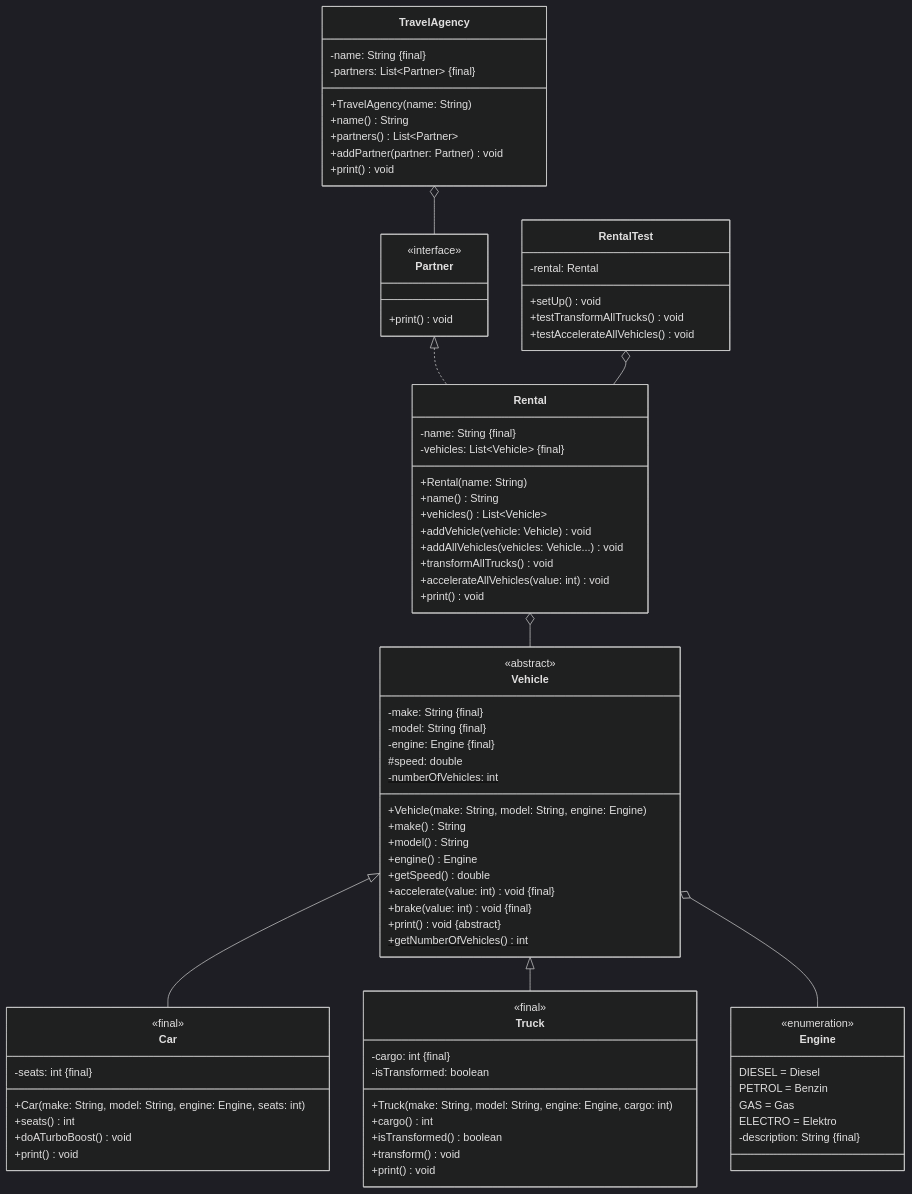
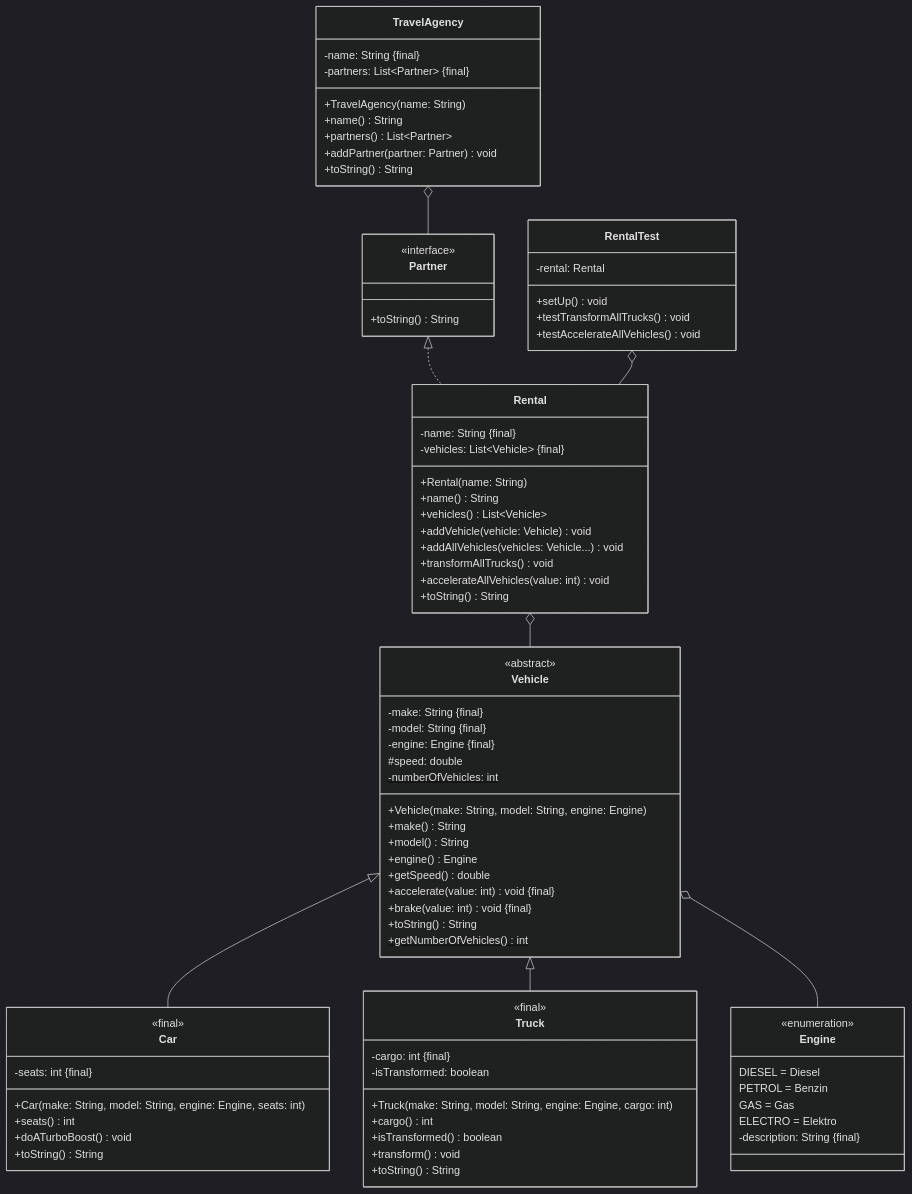
One commit to jappuccini/java-docs changed the diagram in docs/exercises/unit-tests/unit-tests02.md. Above: the diagram before and after it, drawn with Mermaid (dark theme). The commit also changed 14 other files, not shown here.

```diff
--- a/docs/exercises/unit-tests/unit-tests02.md
+++ b/docs/exercises/unit-tests/unit-tests02.md
@@ -33,7 +33,7 @@
         +getSpeed() double
         +accelerate(value: int) void &#123final&#125
         +brake(value: int) void &#123final&#125
-        +print() void &#123abstract&#125
+        +toString() String
         +getNumberOfVehicles()$ int
     }
 
@@ -52,7 +52,7 @@
         +Car(make: String, model: String, engine: Engine, seats: int)
         +seats() int
         +doATurboBoost() void
-        +print() void
+        +toString() String
     }
 
     class Truck {
@@ -63,7 +63,7 @@
         +cargo() int
         +isTransformed() boolean
         +transform() void
-        +print() void
+        +toString() String
     }
 
     class Rental {
@@ -76,12 +76,12 @@
         +addAllVehicles(vehicles: Vehicle...) void
         +transformAllTrucks() void
         +accelerateAllVehicles(value: int) void
-        +print() void
+        +toString() String
     }
 
     class Partner {
         <<interface>>
-        +print() void
+        +toString() String
     }
 
     class TravelAgency {
@@ -91,7 +91,7 @@
         +name() String
         +partners() List~Partner~
         +addPartner(partner: Partner) void
-        +print() void
+        +toString() String
     }
 
     class RentalTest {
```
